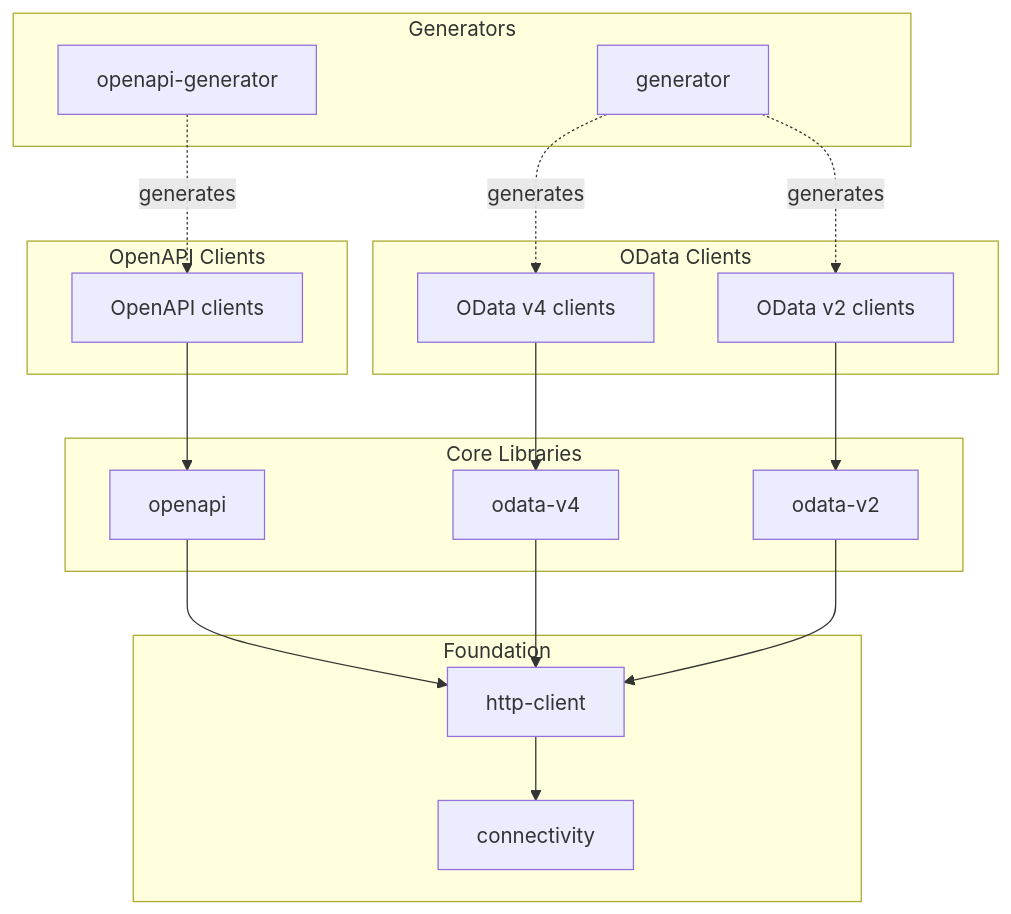
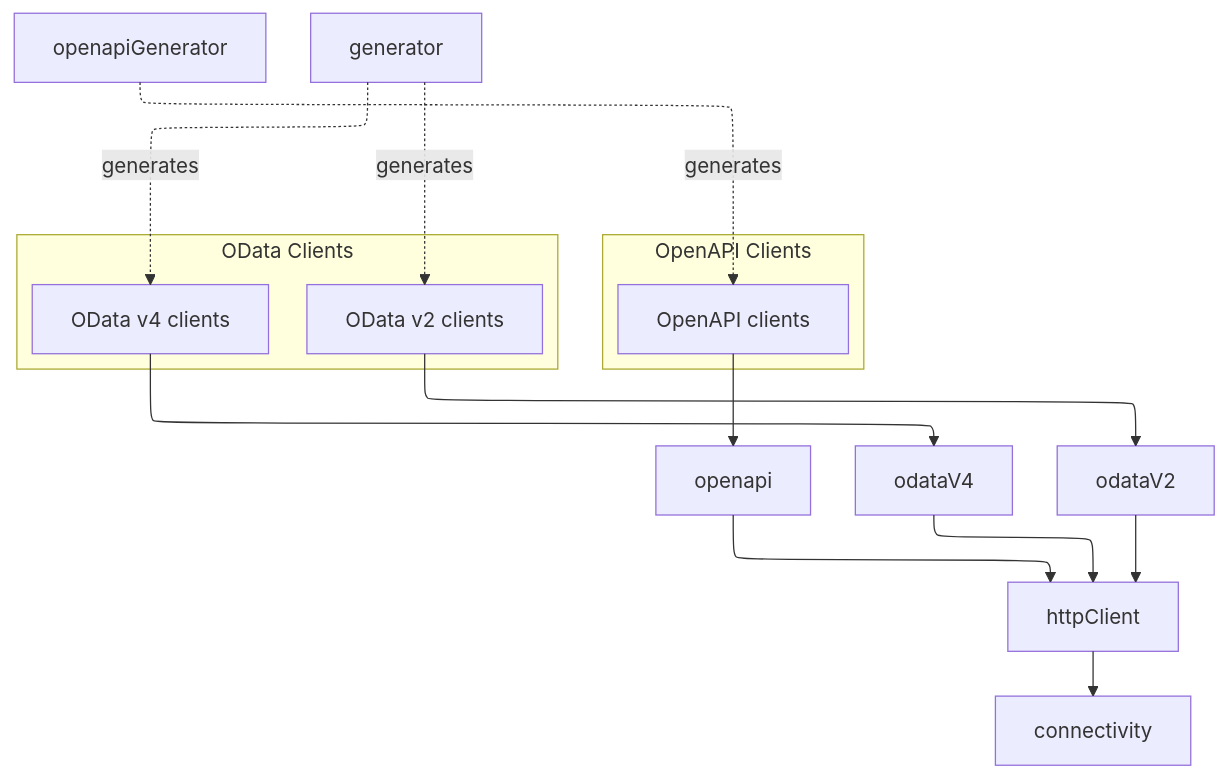
One commit to SAP/cloud-sdk changed the diagram in docs-js/overview.mdx. Above: the diagram before and after it, drawn with Mermaid. The commit also changed 2 other files, not shown here.

Commit message:
Adressed PR comments

````diff
--- a/docs-js/overview.mdx
+++ b/docs-js/overview.mdx
@@ -53,41 +53,37 @@
 ```mermaid
+---
+config:
+  layout: elk
+---
 flowchart TB
     subgraph openapiClientsGroup["OpenAPI Clients"]
         openapiClients["OpenAPI clients"]
     end
 
     subgraph odataClientsGroup["OData Clients"]
         odataV2Clients["OData v2 clients"]
         odataV4Clients["OData v4 clients"]
     end
 
-    subgraph generators["Generators"]
-        openapiGen["openapi-generator"]
-        generator["generator"]
-    end
-
-    subgraph core["Core Libraries"]
-        openapi["openapi"]
-        odataV4["odata-v4"]
-        odataV2["odata-v2"]
-    end
-
-    subgraph foundation["Foundation"]
-        httpClient["http-client"]
-        connectivity["connectivity"]
-    end
-
-    openapiGen -.-> |generates| openapiClients
+    openapiGenerator -.-> |generates| openapiClients
     generator -.-> |generates| odataV2Clients
     generator -.-> |generates| odataV4Clients
 
     openapi --> httpClient
     odataV4 --> httpClient
     odataV2 --> httpClient
 
     httpClient --> connectivity
 
     openapiClients --> openapi
     odataV2Clients --> odataV2
     odataV4Clients --> odataV4
+
+    click openapi "https://www.npmjs.com/package/@sap-cloud-sdk/openapi" "@sap-cloud-sdk/openapi"
+    click odataV4 "https://www.npmjs.com/package/@sap-cloud-sdk/odata-v4" "@sap-cloud-sdk/odata-v4"
+    click odataV2 "https://www.npmjs.com/package/@sap-cloud-sdk/odata-v2" "@sap-cloud-sdk/odata-v2"
+    click httpClient "https://www.npmjs.com/package/@sap-cloud-sdk/http-client" "@sap-cloud-sdk/http-client"
+    click connectivity "https://www.npmjs.com/package/@sap-cloud-sdk/connectivity" "@sap-cloud-sdk/connectivity"
+    click openapiGenerator "https://www.npmjs.com/package/@sap-cloud-sdk/openapi-generator" "@sap-cloud-sdk/openapi-generator"
+    click generator "https://www.npmjs.com/package/@sap-cloud-sdk/generator" "@sap-cloud-sdk/generator"
 ```
````
